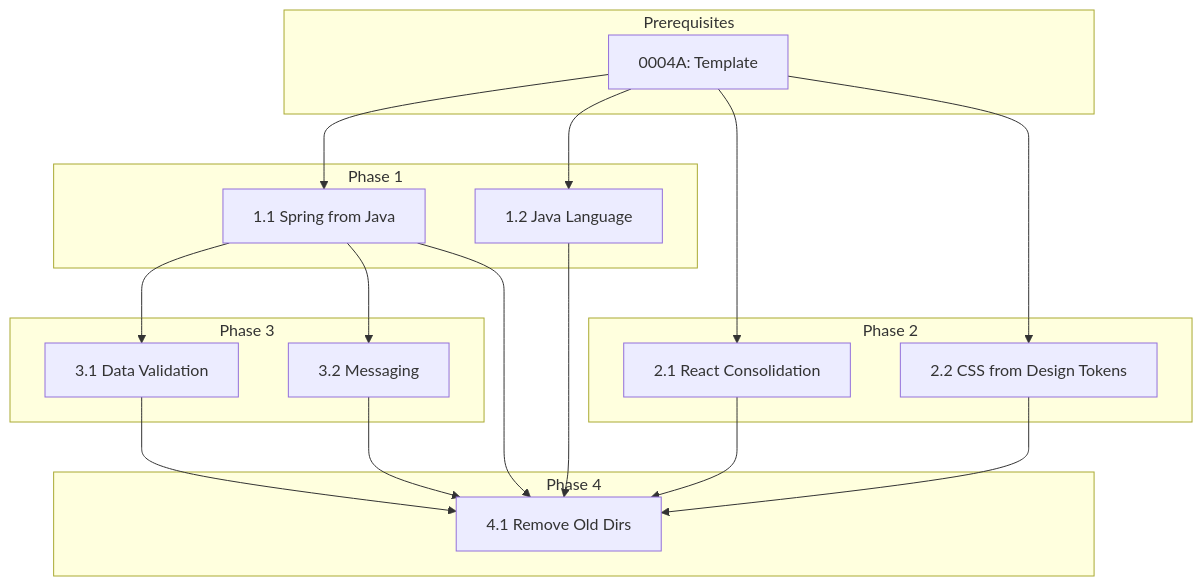
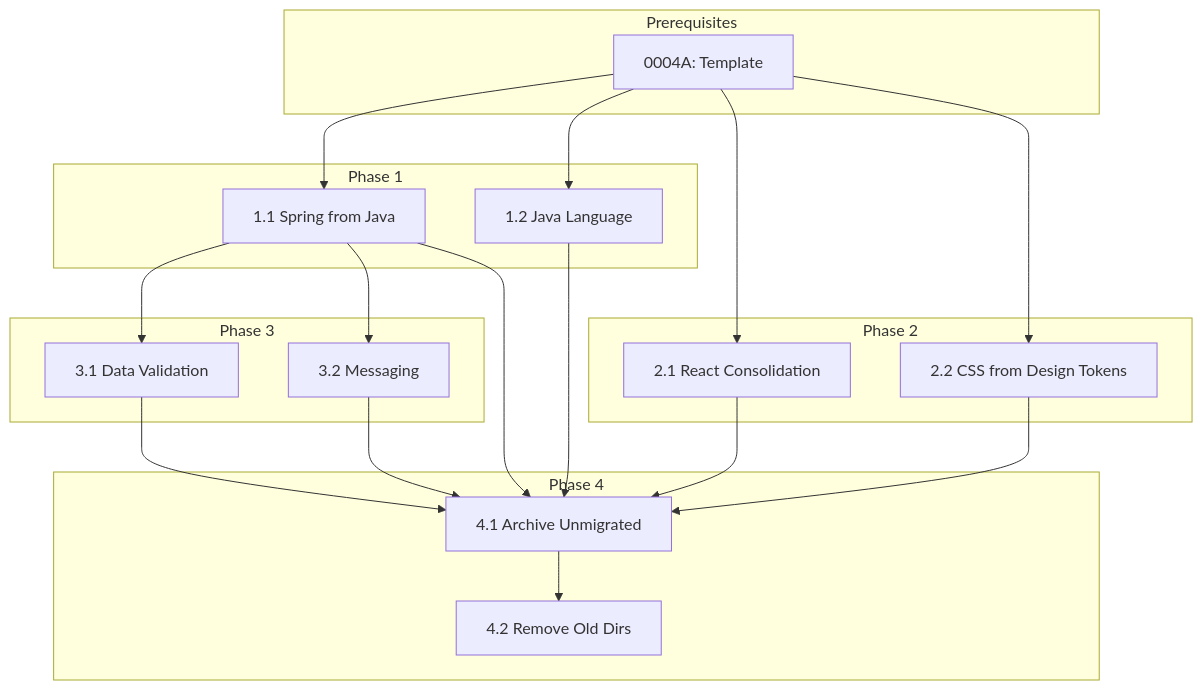
One commit to dopsonbr/agent-kit changed the diagram in docs/plans/0004B_standards-migration.md. Above: the diagram before and after it, drawn with Mermaid. The commit also changed other lines of this file and 1 other file, not shown here.

````diff
--- a/docs/plans/0004B_standards-migration.md
+++ b/docs/plans/0004B_standards-migration.md
@@ -370,38 +407,40 @@
 ```mermaid
 graph TD
     subgraph "Prerequisites"
         P1[0004A: Template]
     end
 
     subgraph "Phase 1"
         T1[1.1 Spring from Java]
         T2[1.2 Java Language]
     end
 
     subgraph "Phase 2"
         T3[2.1 React Consolidation]
         T4[2.2 CSS from Design Tokens]
     end
 
     subgraph "Phase 3"
         T5[3.1 Data Validation]
         T6[3.2 Messaging]
     end
 
     subgraph "Phase 4"
-        T7[4.1 Remove Old Dirs]
+        T7[4.1 Archive Unmigrated]
+        T8[4.2 Remove Old Dirs]
     end
 
     P1 --> T1
     P1 --> T2
     P1 --> T3
     P1 --> T4
     T1 --> T5
     T1 --> T6
     T1 --> T7
     T2 --> T7
     T3 --> T7
     T4 --> T7
     T5 --> T7
     T6 --> T7
+    T7 --> T8
 ```
````
